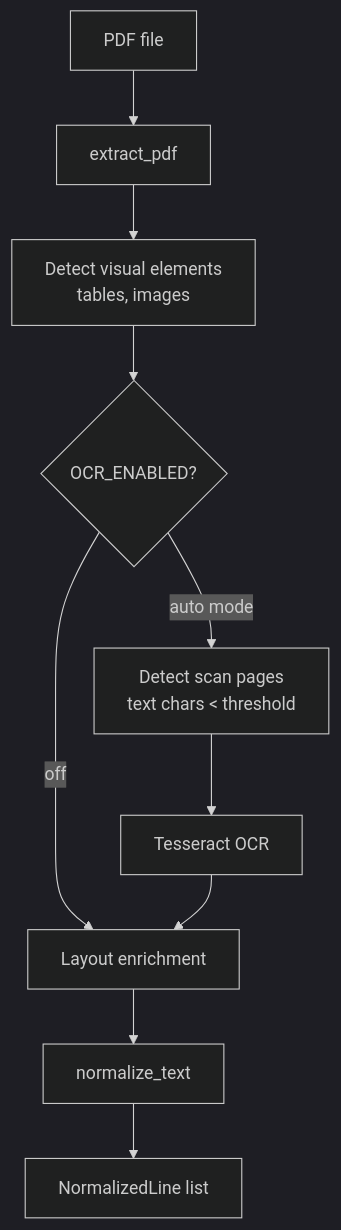
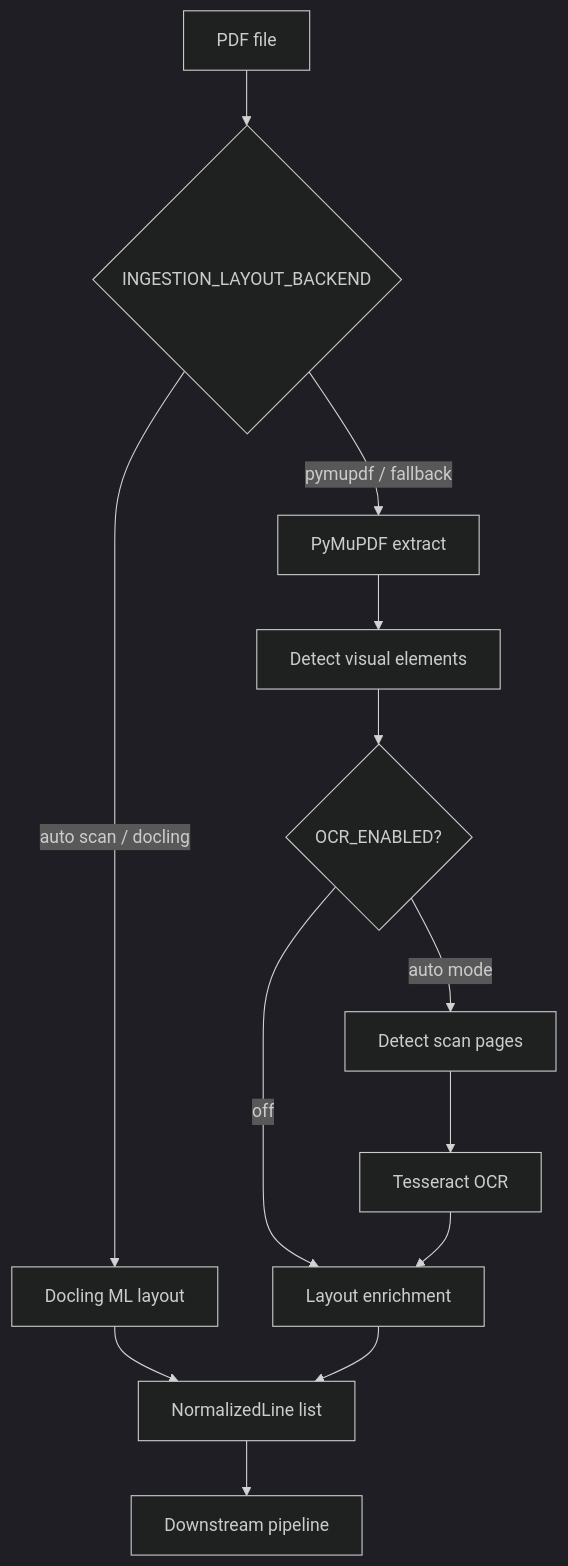
Before and after one commit to Wasim-Shaikh25/AI-Book-Summerizing-Tool: the diagram in specs/modules/ingestion.md, drawn with Mermaid (dark theme). The commit also changed other lines of this file and 193 other files, not shown here.

````diff
--- a/specs/modules/ingestion.md
+++ b/specs/modules/ingestion.md
@@ -39,12 +39,15 @@
 ```mermaid
 flowchart TD
-    PDF[PDF file] --> EXTRACT[extract_pdf]
-    EXTRACT --> VIS[Detect visual elements<br/>tables, images]
+    PDF[PDF file] --> ROUTE{INGESTION_LAYOUT_BACKEND}
+    ROUTE -->|auto scan / docling| DOCLING[Docling ML layout]
+    ROUTE -->|pymupdf / fallback| EXTRACT[PyMuPDF extract]
+    EXTRACT --> VIS[Detect visual elements]
     VIS --> OCR{OCR_ENABLED?}
-    OCR -->|auto mode| SCAN[Detect scan pages<br/>text chars < threshold]
+    OCR -->|auto mode| SCAN[Detect scan pages]
     SCAN --> TESS[Tesseract OCR]
     OCR -->|off| LAYOUT[Layout enrichment]
+    DOCLING --> LINES[NormalizedLine list]
     TESS --> LAYOUT
-    LAYOUT --> NORM[normalize_text]
-    NORM --> LINES[NormalizedLine list]
+    LAYOUT --> LINES
+    LINES --> NORM[Downstream pipeline]
 ```
````
